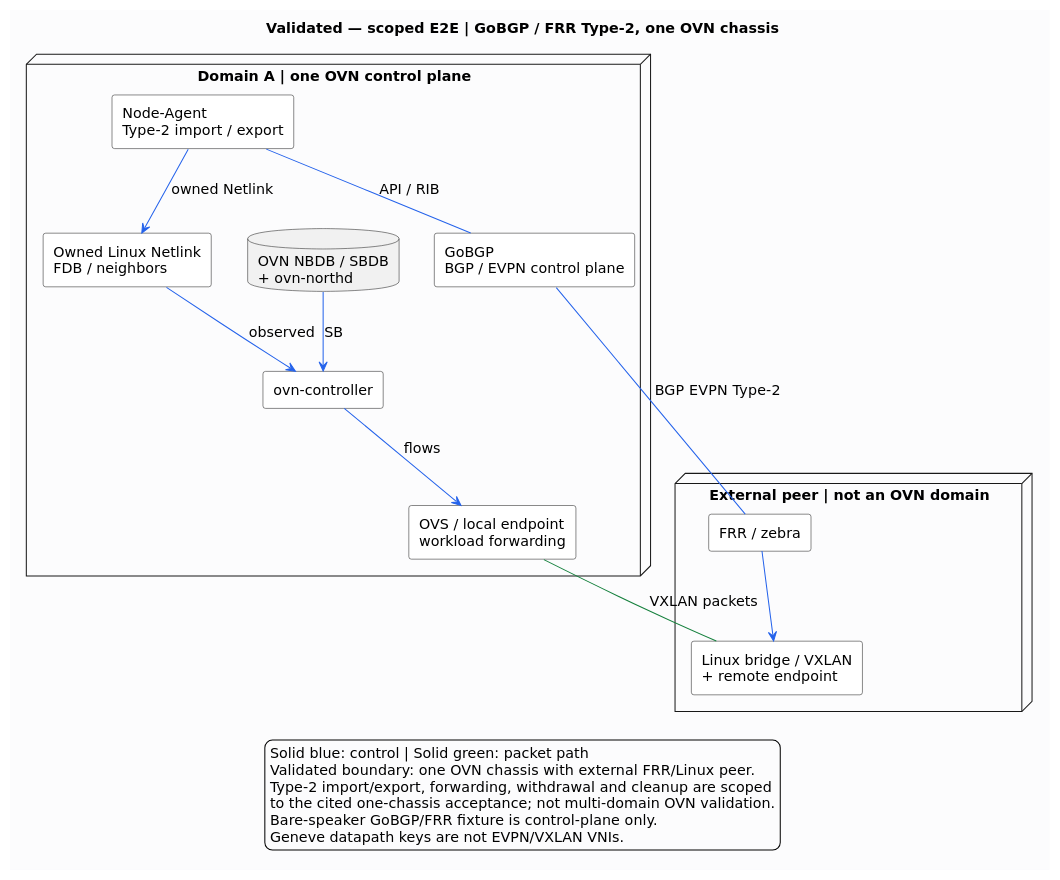
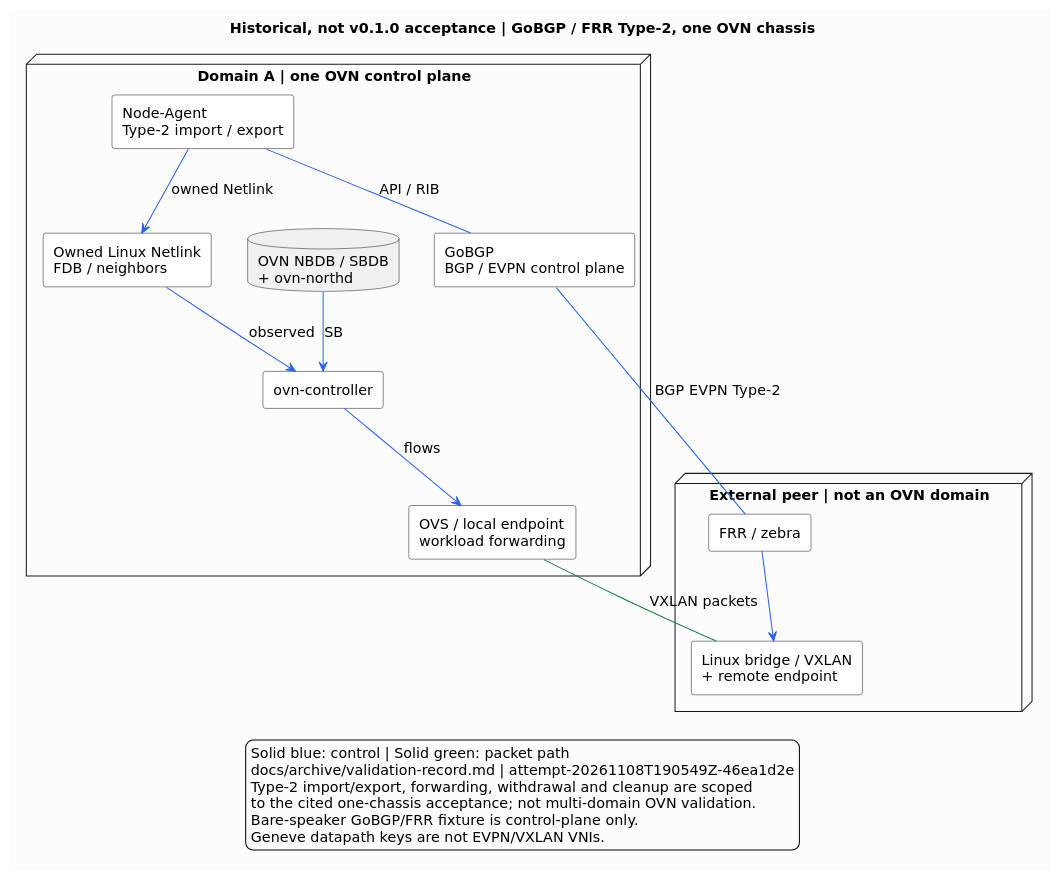
Before and after one commit to romanspb80/evpn-for-ovn: the diagram in docs/uml/multidomain-gobgp-frr-type2.puml, drawn with PlantUML. The commit also changed 188 other files, not shown here.

```diff
--- a/docs/uml/multidomain-gobgp-frr-type2.puml
+++ b/docs/uml/multidomain-gobgp-frr-type2.puml
@@ -1,41 +1,41 @@
 @startuml
-title Validated — scoped E2E | GoBGP / FRR Type-2, one OVN chassis
+title Historical, not v0.1.0 acceptance | GoBGP / FRR Type-2, one OVN chassis
 top to bottom direction
 skinparam backgroundColor #FCFCFD
 skinparam defaultFontName DejaVu Sans
 skinparam defaultFontSize 14
 skinparam shadowing false
 skinparam componentStyle rectangle
 skinparam ArrowColor #475569
 skinparam componentBackgroundColor #FFFFFF
 
 node "Domain A | one OVN control plane" {
   database "OVN NBDB / SBDB\n+ ovn-northd" as db
   component "Node-Agent\nType-2 import / export" as agent
   component "GoBGP\nBGP / EVPN control plane" as gobgp
   component "Owned Linux Netlink\nFDB / neighbors" as kernel
   component "ovn-controller" as controller
   component "OVS / local endpoint\nworkload forwarding" as ovs
   agent -[#2563EB]-> kernel : owned Netlink
   kernel -[#2563EB]-> controller : observed
   db -[#2563EB]-> controller : SB
   controller -[#2563EB]-> ovs : flows
   agent -[#2563EB]- gobgp : API / RIB
 }
 node "External peer | not an OVN domain" {
   component "FRR / zebra" as frr
   component "Linux bridge / VXLAN\n+ remote endpoint" as bridge
   frr -[#2563EB]-> bridge
 }
 gobgp -[#2563EB]- frr : BGP EVPN Type-2
 ovs -[#15803D]- bridge : VXLAN packets
 
 legend bottom
   Solid blue: control | Solid green: packet path
-  Validated boundary: one OVN chassis with external FRR/Linux peer.
+  docs/archive/validation-record.md | attempt-20261108T190549Z-46ea1d2e
   Type-2 import/export, forwarding, withdrawal and cleanup are scoped
   to the cited one-chassis acceptance; not multi-domain OVN validation.
   Bare-speaker GoBGP/FRR fixture is control-plane only.
   Geneve datapath keys are not EVPN/VXLAN VNIs.
 endlegend
 @enduml
```
